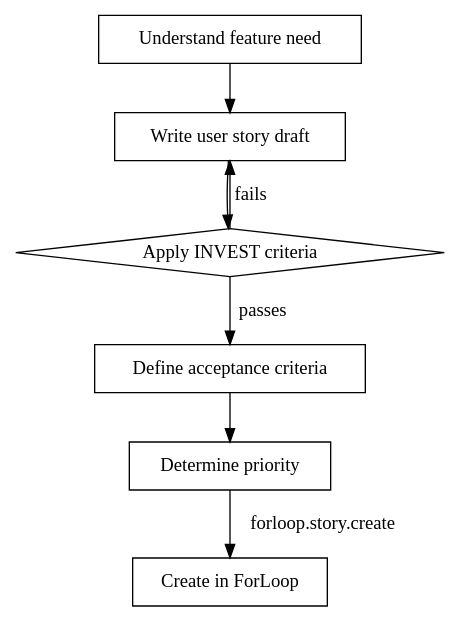
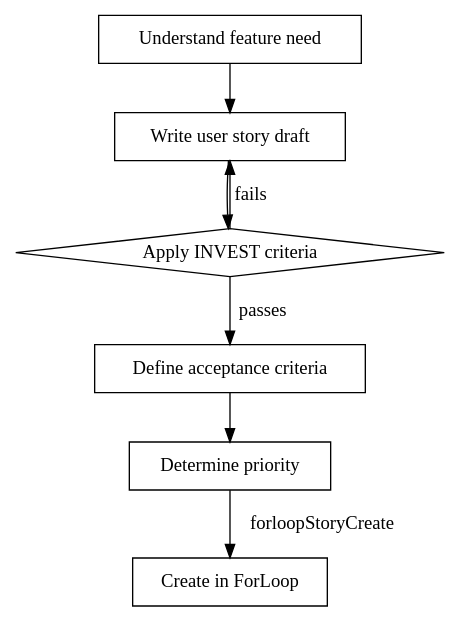
Before and after one commit to forloop-cc/forloop-opencode-plugin-planner: the diagram in skills/story-creation/SKILL.md, drawn with Graphviz. The commit also changed other lines of this file and 27 other files, not shown here.

````diff
--- a/skills/story-creation/SKILL.md
+++ b/skills/story-creation/SKILL.md
@@ -40,17 +40,17 @@
 ```dot
 digraph story_creation {
     "Understand feature need" [shape=box];
     "Write user story draft" [shape=box];
     "Apply INVEST criteria" [shape=diamond];
     "Define acceptance criteria" [shape=box];
     "Determine priority" [shape=box];
     "Create in ForLoop" [shape=box];
 
     "Understand feature need" -> "Write user story draft";
     "Write user story draft" -> "Apply INVEST criteria";
     "Apply INVEST criteria" -> "Write user story draft" [label="fails"];
     "Apply INVEST criteria" -> "Define acceptance criteria" [label="passes"];
     "Define acceptance criteria" -> "Determine priority";
-    "Determine priority" -> "Create in ForLoop" [label="forloop.story.create"];
+    "Determine priority" -> "Create in ForLoop" [label="forloopStoryCreate"];
 }
 ```
````
